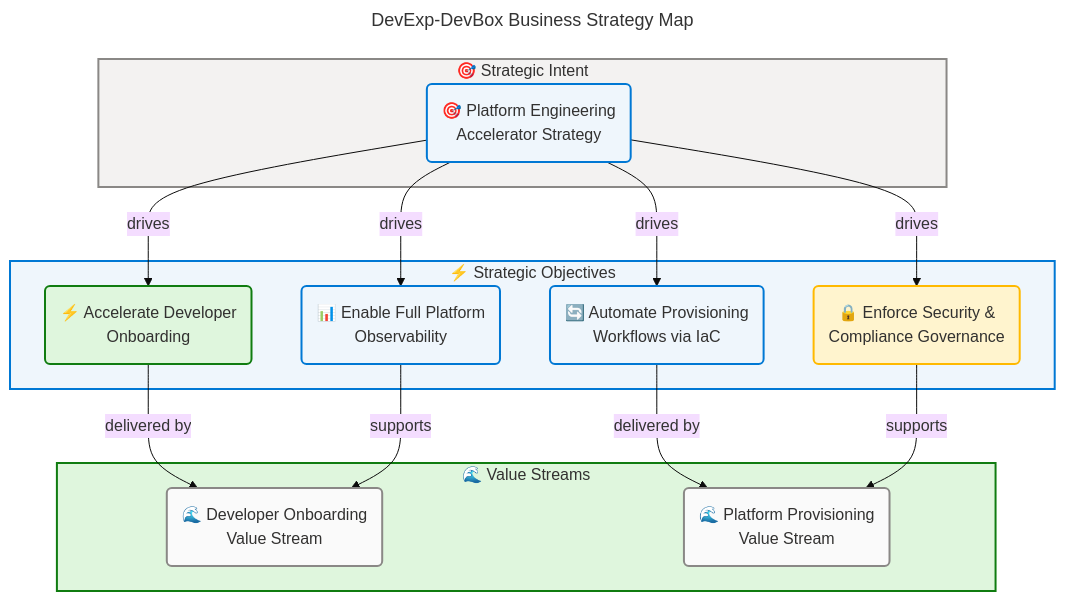
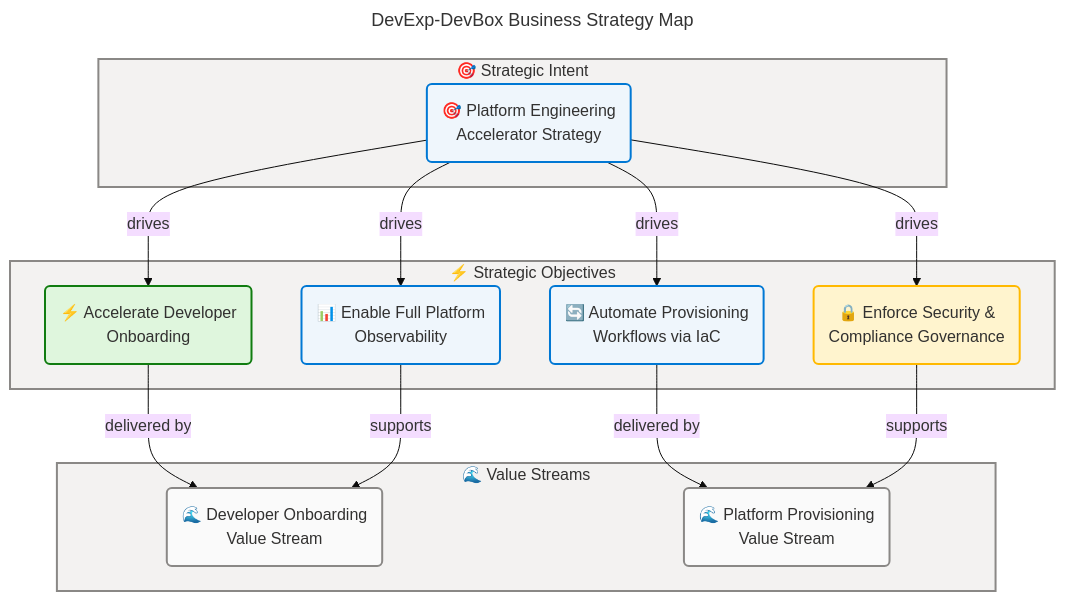
One commit to Evilazaro/DevExp-DevBox changed the first of 7 diagrams in docs/architecture/business-architecture.md. Above: the diagram before and after it, drawn with Mermaid. The commit also changed other lines of this file and 2 other files, not shown here.

Commit message:
refactor: Update Mermaid diagram styles for improved visual consistency across architecture documents

````diff
--- a/docs/architecture/business-architecture.md
+++ b/docs/architecture/business-architecture.md
@@ -54,61 +54,61 @@
 ```mermaid
 ---
 title: DevExp-DevBox Business Strategy Map
 config:
   theme: base
   look: classic
   layout: dagre
   themeVariables:
     fontSize: '16px'
   flowchart:
     htmlLabels: true
 ---
 flowchart TB
     accTitle: DevExp-DevBox Business Strategy Map
     accDescr: Shows the Platform Engineering Accelerator strategic intent, four strategic objectives, and their alignment to two delivery value streams.
 
     %% ═══════════════════════════════════════════════════════════════════════════
     %% AZURE / FLUENT ARCHITECTURE PATTERN v1.1
     %% (Semantic + Structural + Font + Accessibility Governance)
     %% ═══════════════════════════════════════════════════════════════════════════
     %% PHASE 1 - FLUENT UI: All styling uses approved Fluent UI palette only
     %% PHASE 2 - GROUPS: Every subgraph has semantic color via style directive
     %% PHASE 3 - COMPONENTS: Every node has semantic classDef + icon prefix
     %% PHASE 4 - ACCESSIBILITY: accTitle/accDescr present, WCAG AA contrast
     %% PHASE 5 - STANDARD: Governance block present, classDefs centralized
     %% ═══════════════════════════════════════════════════════════════════════════
 
     subgraph stratLayer["🎯 Strategic Intent"]
         strat("🎯 Platform Engineering<br/>Accelerator Strategy"):::core
     end
 
     subgraph objLayer["⚡ Strategic Objectives"]
         obj1("⚡ Accelerate Developer<br/>Onboarding"):::success
         obj2("🔒 Enforce Security &<br/>Compliance Governance"):::warning
         obj3("🔄 Automate Provisioning<br/>Workflows via IaC"):::core
         obj4("📊 Enable Full Platform<br/>Observability"):::core
     end
 
     subgraph vsLayer["🌊 Value Streams"]
         vs1("🌊 Developer Onboarding<br/>Value Stream"):::neutral
         vs2("🌊 Platform Provisioning<br/>Value Stream"):::neutral
     end
 
     strat -->|"drives"| obj1
     strat -->|"drives"| obj2
     strat -->|"drives"| obj3
     strat -->|"drives"| obj4
     obj1 -->|"delivered by"| vs1
     obj3 -->|"delivered by"| vs2
     obj2 -->|"supports"| vs2
     obj4 -->|"supports"| vs1
 
     style stratLayer fill:#F3F2F1,stroke:#8A8886,stroke-width:2px,color:#323130
-    style objLayer fill:#EFF6FC,stroke:#0078D4,stroke-width:2px,color:#323130
-    style vsLayer fill:#DFF6DD,stroke:#107C10,stroke-width:2px,color:#323130
+    style objLayer fill:#F3F2F1,stroke:#8A8886,stroke-width:2px,color:#323130
+    style vsLayer fill:#F3F2F1,stroke:#8A8886,stroke-width:2px,color:#323130
 
     classDef core fill:#EFF6FC,stroke:#0078D4,stroke-width:2px,color:#323130
     classDef success fill:#DFF6DD,stroke:#107C10,stroke-width:2px,color:#323130
     classDef warning fill:#FFF4CE,stroke:#FFB900,stroke-width:2px,color:#323130
     classDef neutral fill:#FAFAFA,stroke:#8A8886,stroke-width:2px,color:#323130
 ```
````
